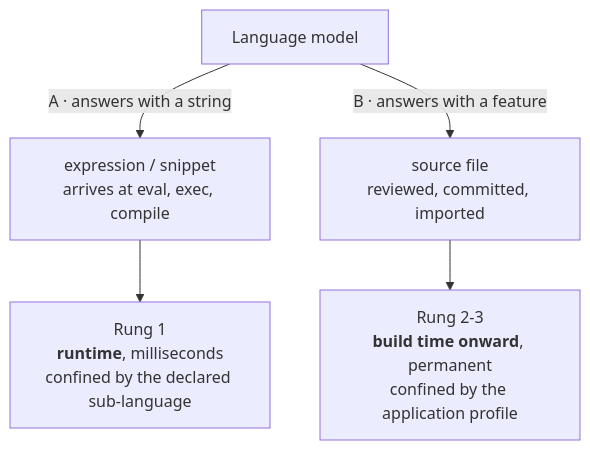
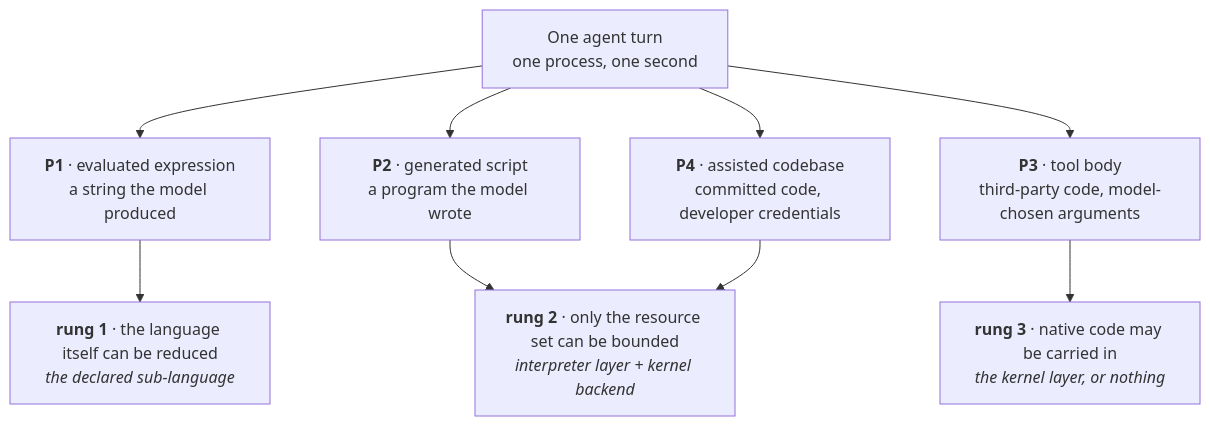
Before and after one commit to pprados/pysandboxes: the first of 7 diagrams in research/research.md, drawn with Mermaid. The commit also changed other lines of this file and 6 other files, not shown here.

````diff
--- a/research/research.md
+++ b/research/research.md
@@ -229,9 +79,13 @@
 ```mermaid
-%% caption: The two routes by which model-generated code reaches an application
+%% caption: The four provenance classes of a single agent turn, and the rung each lands on
 flowchart TB
-    M["Language model"]
-    M -- "A · answers with a string" --> S["expression / snippet<br/>arrives at eval, exec, compile"]
-    M -- "B · answers with a feature" --> F["source file<br/>reviewed, committed, imported"]
-    S --> RA["Rung 1<br/><b>runtime</b>, milliseconds<br/>confined by the declared sub-language"]
-    F --> RB["Rung 2-3<br/><b>build time onward</b>, permanent<br/>confined by the application profile"]
+    T["One agent turn<br/>one process, one second"]
+    T --> P1["<b>P1</b> · evaluated expression<br/>a string the model produced"]
+    T --> P2["<b>P2</b> · generated script<br/>a program the model wrote"]
+    T --> P3["<b>P3</b> · tool body<br/>third-party code, model-chosen arguments"]
+    T --> P4["<b>P4</b> · assisted codebase<br/>committed code, developer credentials"]
+    P1 --> A1["<b>rung 1</b> · the language itself can be reduced<br/><i>the declared sub-language</i>"]
+    P2 --> A2["<b>rung 2</b> · only the resource set can be bounded<br/><i>interpreter layer + kernel backend</i>"]
+    P3 --> A3["<b>rung 3</b> · native code may be carried in<br/><i>the kernel layer, or nothing</i>"]
+    P4 --> A2
 ```
````
